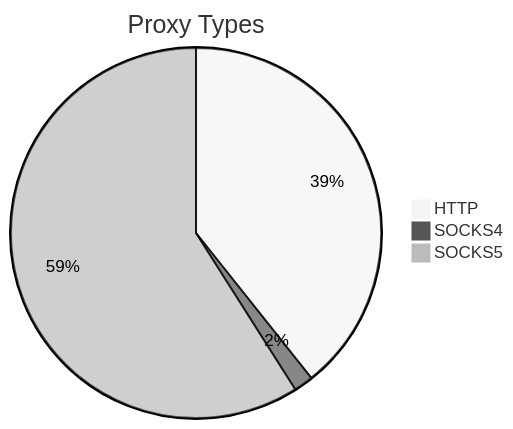
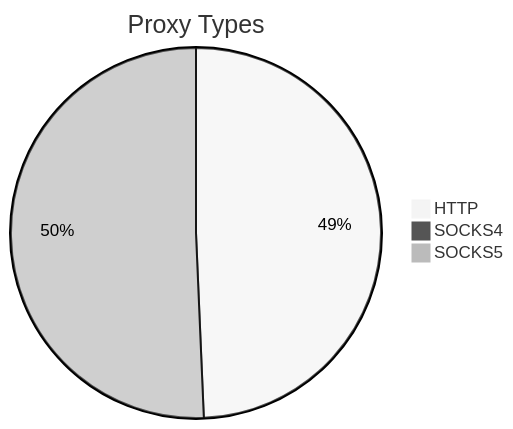
One commit to stormsia/proxy-list changed the first of 2 diagrams in README.md. Above: the diagram before and after it, drawn with Mermaid (neutral theme). The commit also changed other lines of this file, not shown here.

````diff
--- a/README.md
+++ b/README.md
@@ -21,6 +21,6 @@
 ```mermaid
 pie title Proxy Types
-    "HTTP" : 1349
-    "SOCKS4" : 58
-    "SOCKS5" : 2025
+    "HTTP" : 1423
+    "SOCKS4" : 26
+    "SOCKS5" : 1462
 ```
````
